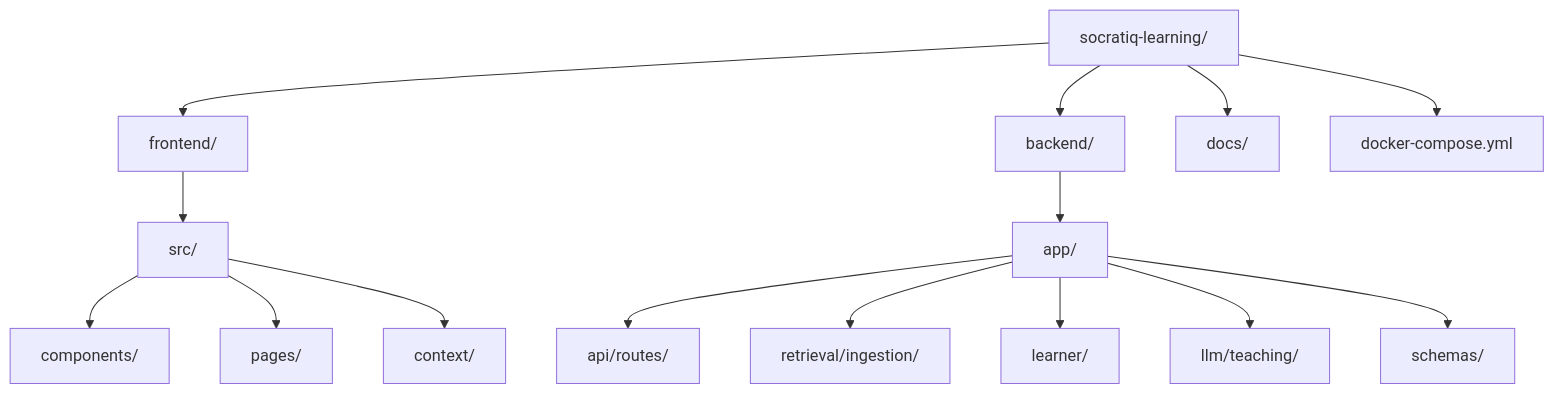
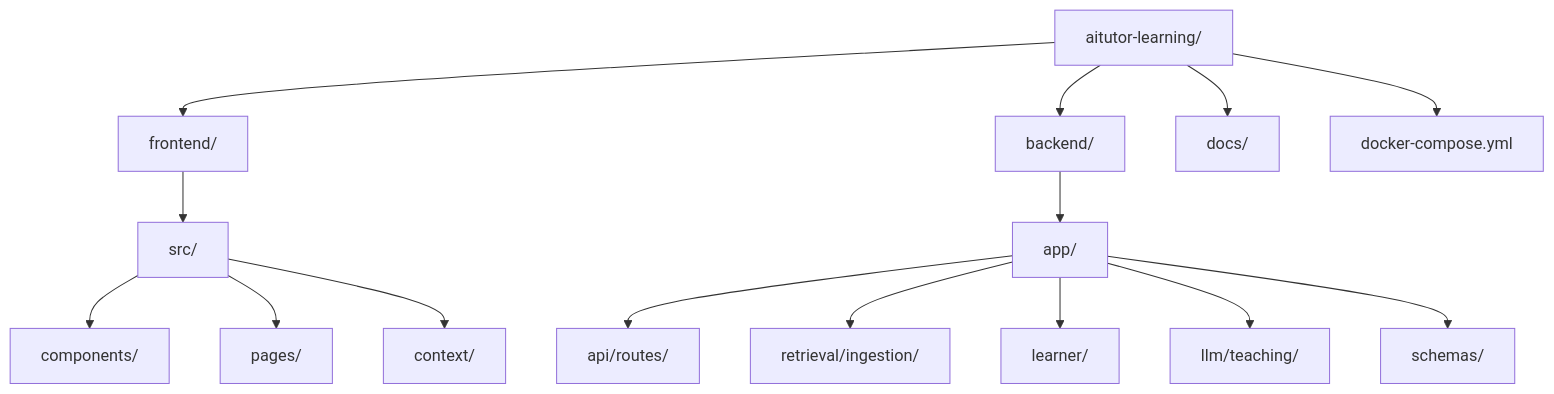
The third of 3 diagrams in README.md (Jayant0101/AITUTOR), drawn with Mermaid before and after one commit. The commit also changed other lines of this file and 27 other files, not shown here.

````diff
--- a/README.md
+++ b/README.md
@@ -88,19 +88,19 @@
 ```mermaid
 graph TD
-    Root[socratiq-learning/] --> FE[frontend/]
+    Root[aitutor-learning/] --> FE[frontend/]
     Root --> BE[backend/]
     Root --> DOCS[docs/]
     Root --> DC[docker-compose.yml]
 
     FE --> SRC[src/]
     SRC --> COMP[components/]
     SRC --> PG[pages/]
     SRC --> CTX[context/]
 
     BE --> APP[app/]
     APP --> API[api/routes/]
     APP --> CORE[retrieval/ingestion/]
     APP --> LRN[learner/]
     APP --> LLM[llm/teaching/]
     APP --> SCH[schemas/]
 ```
````
